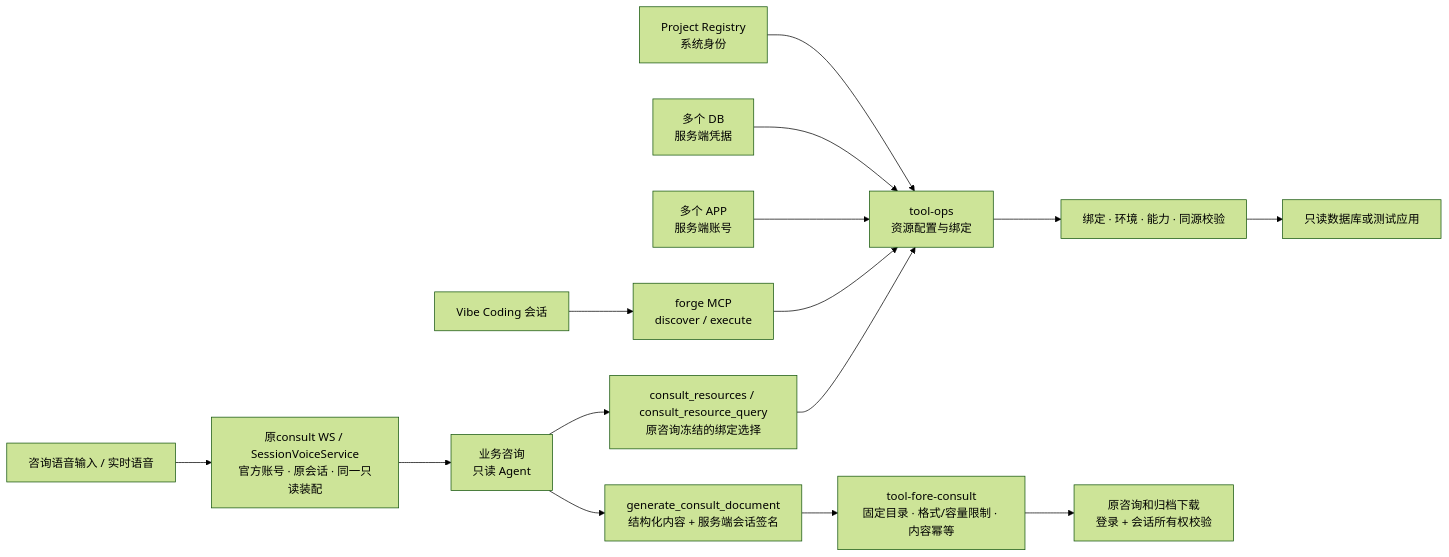
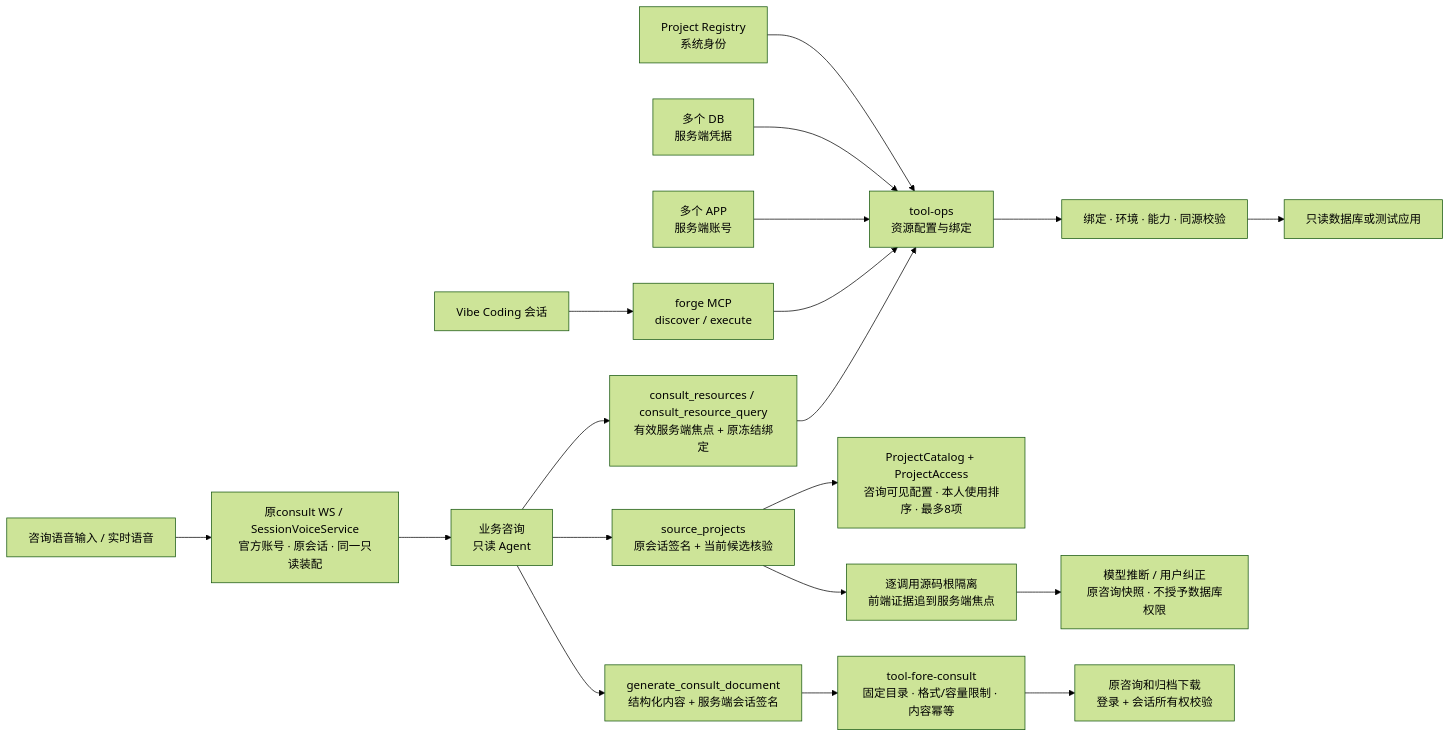
One commit to exception-coder/kai-toolbox changed the tenth of 15 diagrams in docs/ai-coding-architecture.md. Above: the diagram before and after it, drawn with Mermaid (forest theme). The commit also changed other lines of this file and 34 other files, not shown here.

First line of the commit message:
feat(consult): 按截图自动探索常用系统并定位服务端

````diff
--- a/docs/ai-coding-architecture.md
+++ b/docs/ai-coding-architecture.md
@@ -406,17 +408,21 @@
 ```mermaid
 flowchart LR
     REGISTRY["Project Registry<br/>系统身份"] --> BINDING["tool-ops<br/>资源配置与绑定"]
     DB["多个 DB<br/>服务端凭据"] --> BINDING
     APP["多个 APP<br/>服务端账号"] --> BINDING
     SESSION["Vibe Coding 会话"] --> FORGE["forge MCP<br/>discover / execute"]
     FORGE --> BINDING
     BINDING --> POLICY["绑定 · 环境 · 能力 · 同源校验"]
     POLICY --> TARGET["只读数据库或测试应用"]
     CONSULT["业务咨询<br/>只读 Agent"] --> DOC_TOOL["generate_consult_document<br/>结构化内容 + 服务端会话签名"]
     CONSULT_UI["咨询语音输入 / 实时语音"] --> CONSULT_CHANNEL["原consult WS / SessionVoiceService<br/>官方账号 · 原会话 · 同一只读装配"]
     CONSULT_CHANNEL --> CONSULT
-    CONSULT --> QUERY_TOOL["consult_resources / consult_resource_query<br/>原咨询冻结的绑定选择"]
+    CONSULT --> SOURCE_ROUTE["source_projects<br/>原会话签名 + 当前候选核验"]
+    SOURCE_ROUTE --> SOURCE_CATALOG["ProjectCatalog + ProjectAccess<br/>咨询可见配置 · 本人使用排序 · 最多8项"]
+    SOURCE_ROUTE --> SOURCE_READ["逐调用源码根隔离<br/>前端证据追到服务端焦点"]
+    SOURCE_READ --> SOURCE_FOCUS["模型推断 / 用户纠正<br/>原咨询快照 · 不授予数据库权限"]
+    CONSULT --> QUERY_TOOL["consult_resources / consult_resource_query<br/>有效服务端焦点 + 原冻结绑定"]
     QUERY_TOOL --> BINDING
     DOC_TOOL --> DOC_STORE["tool-fore-consult<br/>固定目录 · 格式/容量限制 · 内容幂等"]
     DOC_STORE --> DOC_DOWNLOAD["原咨询和归档下载<br/>登录 + 会话所有权校验"]
 ```
````
